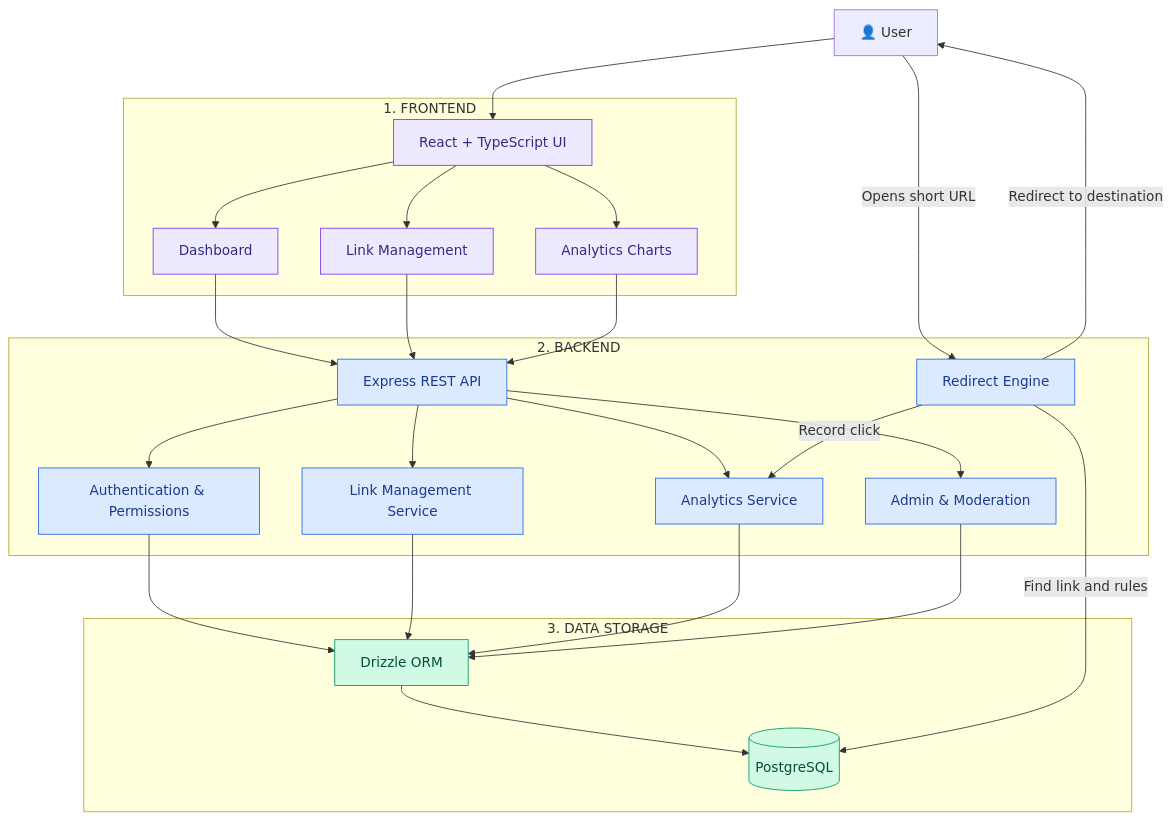
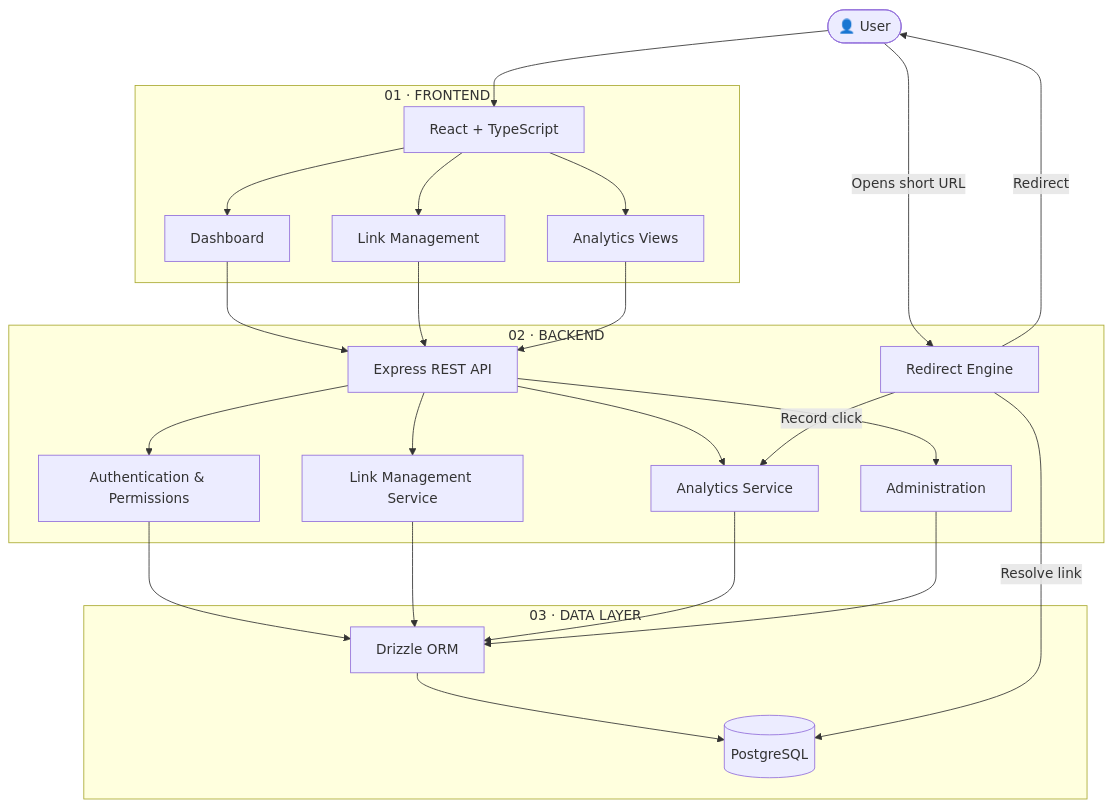
Before and after one commit to SurajRawatr07/LinkPulse: the first of 6 diagrams in README.md, drawn with Mermaid. The commit also changed other lines of this file, not shown here.

````diff
--- a/README.md
+++ b/README.md
@@ -159,58 +255,50 @@
 ```mermaid
 flowchart TB
-    USER["👤 User"]
+    U(["👤 User"])
 
-    subgraph FRONTEND["1. FRONTEND"]
-        UI["React + TypeScript UI"]
+    subgraph FRONTEND["01 · FRONTEND"]
+        UI["React + TypeScript"]
         DASH["Dashboard"]
-        LINKS["Link Management"]
-        CHARTS["Analytics Charts"]
+        LM["Link Management"]
+        AV["Analytics Views"]
     end
 
-    subgraph BACKEND["2. BACKEND"]
+    subgraph BACKEND["02 · BACKEND"]
         API["Express REST API"]
         AUTH["Authentication & Permissions"]
         LS["Link Management Service"]
         RE["Redirect Engine"]
         AS["Analytics Service"]
-        ADMIN["Admin & Moderation"]
+        ADM["Administration"]
     end
 
-    subgraph DATABASE["3. DATA STORAGE"]
+    subgraph STORAGE["03 · DATA LAYER"]
         ORM["Drizzle ORM"]
         DB[("PostgreSQL")]
     end
 
-    USER --> UI
+    U --> UI
     UI --> DASH
-    UI --> LINKS
-    UI --> CHARTS
+    UI --> LM
+    UI --> AV
 
     DASH --> API
-    LINKS --> API
-    CHARTS --> API
+    LM --> API
+    AV --> API
 
     API --> AUTH
     API --> LS
     API --> AS
-    API --> ADMIN
+    API --> ADM
 
     AUTH --> ORM
     LS --> ORM
     AS --> ORM
-    ADMIN --> ORM
+    ADM --> ORM
     ORM --> DB
 
-    USER -->|"Opens short URL"| RE
-    RE -->|"Find link and rules"| DB
+    U -->|"Opens short URL"| RE
+    RE -->|"Resolve link"| DB
     RE -->|"Record click"| AS
-    RE -->|"Redirect to destination"| USER
-
-    classDef frontend fill:#EDE9FE,stroke:#7C3AED,color:#312E81
-    classDef backend fill:#DBEAFE,stroke:#2563EB,color:#1E3A8A
-    classDef storage fill:#D1FAE5,stroke:#059669,color:#064E3B
-
-    class UI,DASH,LINKS,CHARTS frontend
-    class API,AUTH,LS,RE,AS,ADMIN backend
-    class ORM,DB storage
+    RE -->|"Redirect"| U
 ```
````
